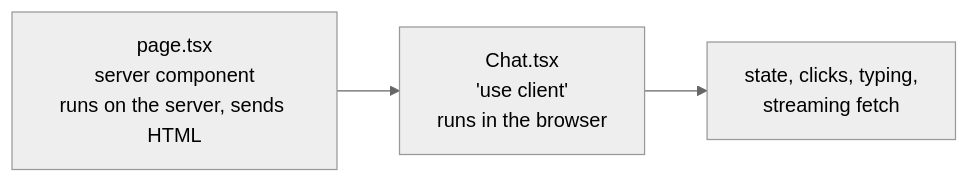
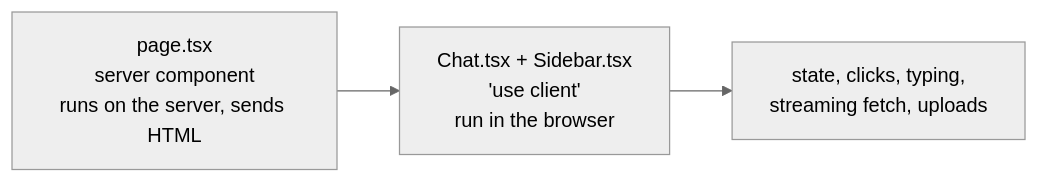
Before and after one commit to yashzord/Docs_Copilot: the third of 5 diagrams in docs/learning/web.md, drawn with Mermaid (neutral theme). The commit also changed other lines of this file and 10 other files, not shown here.

````diff
--- a/docs/learning/web.md
+++ b/docs/learning/web.md
@@ -410,5 +457,5 @@
 ```mermaid
 flowchart LR
-    S["page.tsx<br/>server component<br/>runs on the server, sends HTML"] --> C["Chat.tsx<br/>'use client'<br/>runs in the browser"]
-    C --> B[state, clicks, typing,<br/>streaming fetch]
+    S["page.tsx<br/>server component<br/>runs on the server, sends HTML"] --> C["Chat.tsx + Sidebar.tsx<br/>'use client'<br/>run in the browser"]
+    C --> B[state, clicks, typing,<br/>streaming fetch, uploads]
 ```
````
